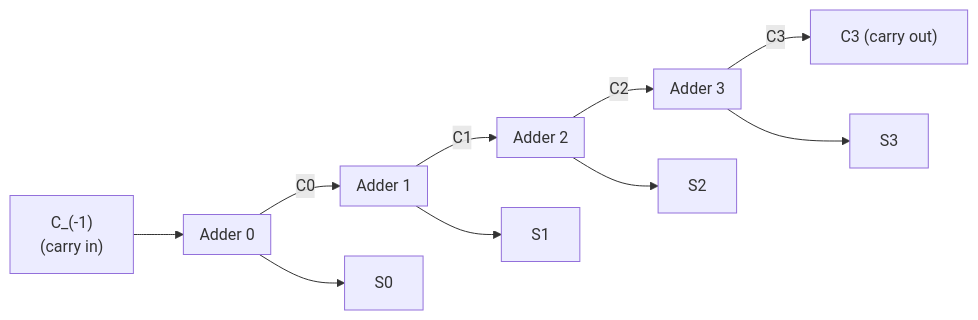
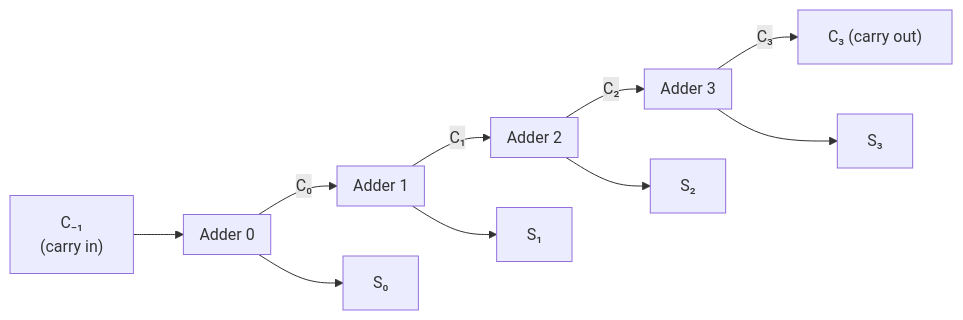
One commit to RaghulExists/VLSI changed the third of 6 diagrams in Module-4-Focused.md. Above: the diagram before and after it, drawn with Mermaid. The commit also changed other lines of this file, not shown here.

Commit message:
Improve readability: format subscripts/variables with inline LaTeX and Unicode in diagrams

````diff
--- a/Module-4-Focused.md
+++ b/Module-4-Focused.md
@@ -219,17 +220,17 @@
 ```mermaid
 flowchart LR
-    Cm1["C_(-1)<br/>(carry in)"] --> A0
+    Cm1["C₋₁<br/>(carry in)"] --> A0
     subgraph A0["Adder 0"]
     end
     subgraph A1["Adder 1"]
     end
     subgraph A2["Adder 2"]
     end
     subgraph A3["Adder 3"]
     end
-    A0 -->|C0| A1 -->|C1| A2 -->|C2| A3 -->|C3| Cout["C3 (carry out)"]
-    A0 --> S0["S0"]
-    A1 --> S1["S1"]
-    A2 --> S2["S2"]
-    A3 --> S3["S3"]
+    A0 -->|C₀| A1 -->|C₁| A2 -->|C₂| A3 -->|C₃| Cout["C₃ (carry out)"]
+    A0 --> S0["S₀"]
+    A1 --> S1["S₁"]
+    A2 --> S2["S₂"]
+    A3 --> S3["S₃"]
 ```
````
